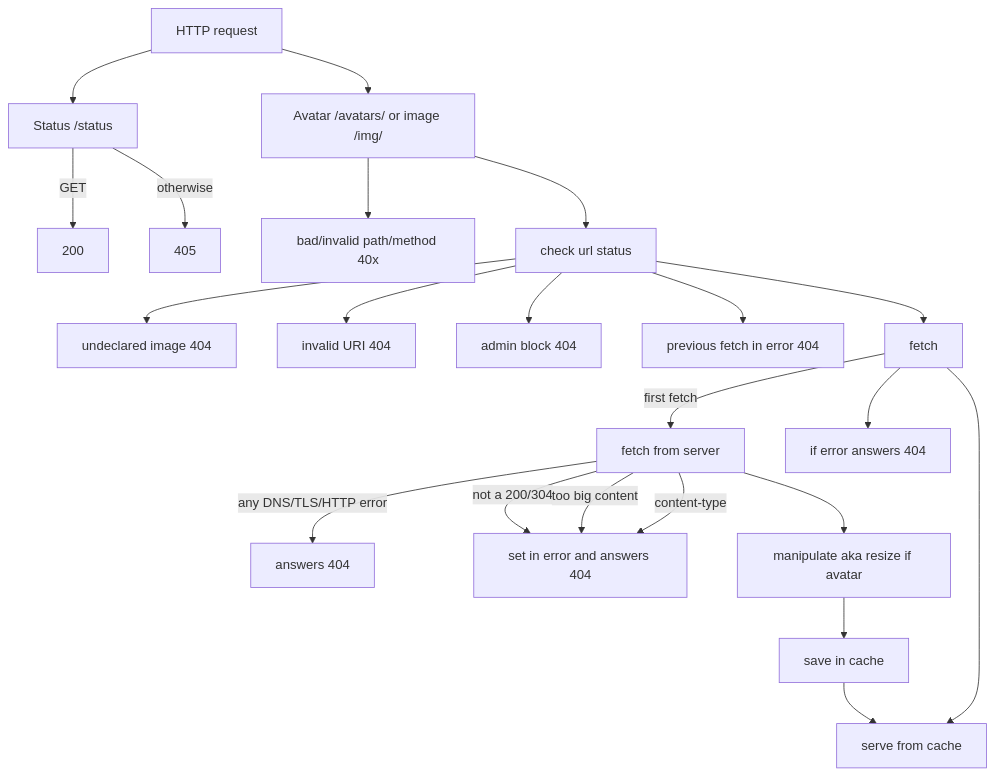
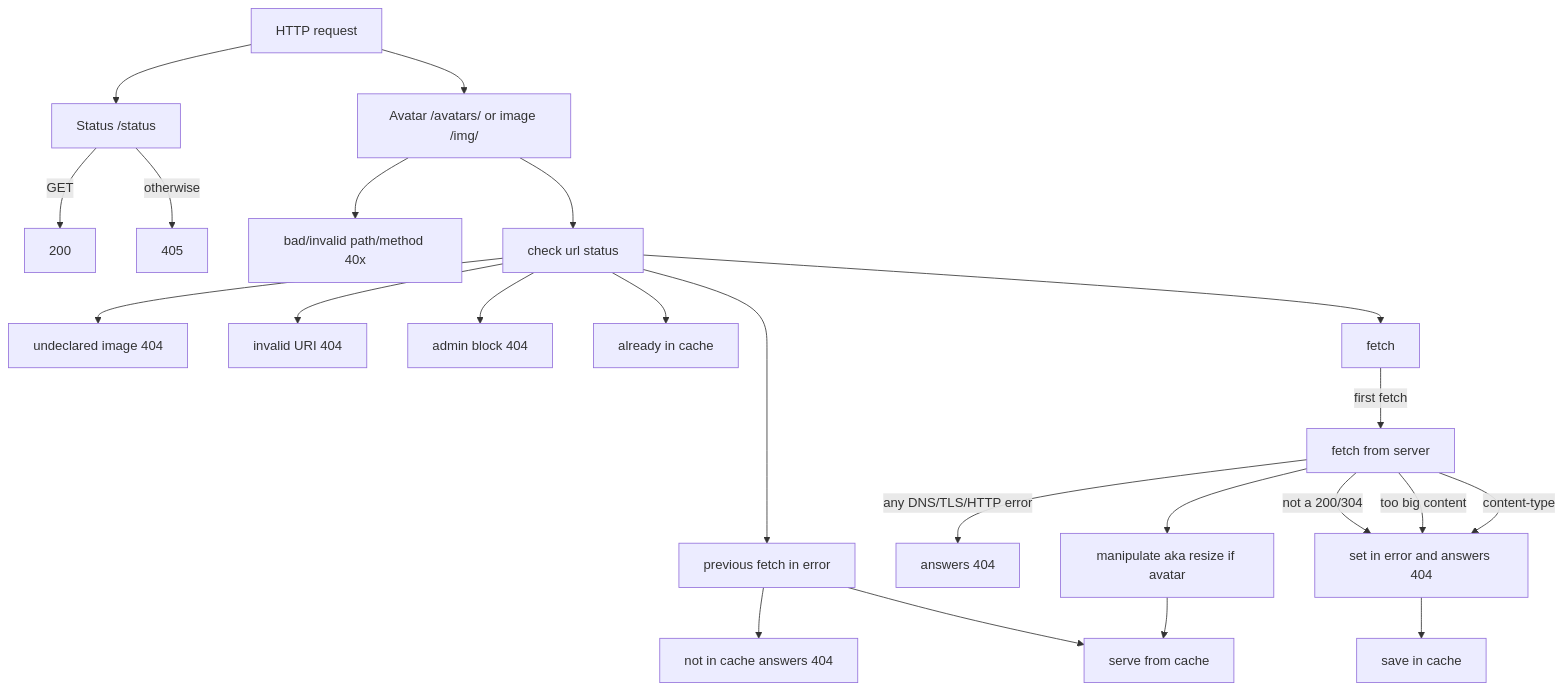
The first of 2 diagrams in README.md (linuxfrorg/img-LinuxFr.org), drawn with Mermaid before and after one commit. The commit also changed other lines of this file and 2 other files, not shown here.

Commit message:
Fallback on disk cache if a next fetch fails

````diff
--- a/README.md
+++ b/README.md
@@ -58,26 +58,27 @@
 ```mermaid
 graph TD
   A[ HTTP request ] --> B[ Status /status ]
 
   B --> |GET| SA[ 200 ]
   B --> |otherwise| SB[ 405 ]
 
   A --> C[ Avatar /avatars/ or image /img/ ]
   C --> AA[ bad/invalid path/method 40x]
   C --> AC[ check url status]
   AC --> AD[ undeclared image 404]
   AC --> AE[ invalid URI 404]
   AC --> AF[ admin block 404]
-  AC --> AG[ previous fetch in error 404]
-  AC --> AH[ fetch]
-  AH --> | first fetch | AI[ fetch from server]
-  AI --> | any DNS/TLS/HTTP error | AL[ answers 404]
-  AI --> | not a 200/304 | AM[ set in error and answers 404]
-  AI --> | too big content | AM
-  AI --> | content-type | AM
-  AI --> AN[manipulate aka resize if avatar]
-  AN --> AO[save in cache]
-  AO --> AJ[ serve from cache]
-  AH --> AJ
-  AH --> AK[ if error answers 404]
+  AC --> AG[ already in cache]
+  AC --> AH[ previous fetch in error]
+  AH --> AL[ not in cache answers 404]
+  AH --> AK[ serve from cache]
+  AC --> AI[ fetch]
+  AI --> | first fetch | AJ[ fetch from server]
+  AJ --> | any DNS/TLS/HTTP error | AM[ answers 404]
+  AJ --> | not a 200/304 | AN[ set in error and answers 404]
+  AJ --> | too big content | AN
+  AJ --> | content-type | AN
+  AJ --> AO[manipulate aka resize if avatar]
+  AN --> AP[save in cache]
+  AO --> AK
 ```
````
